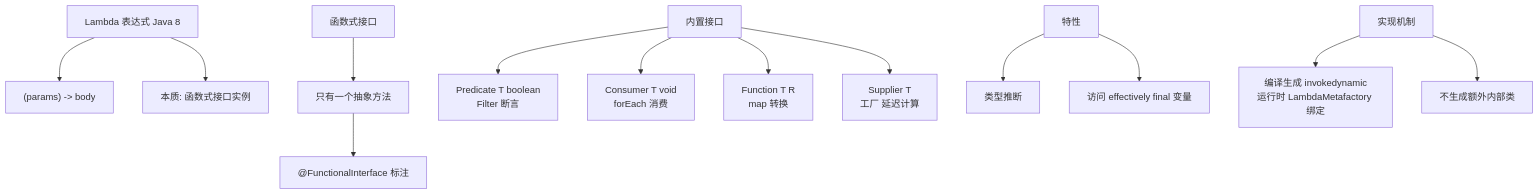
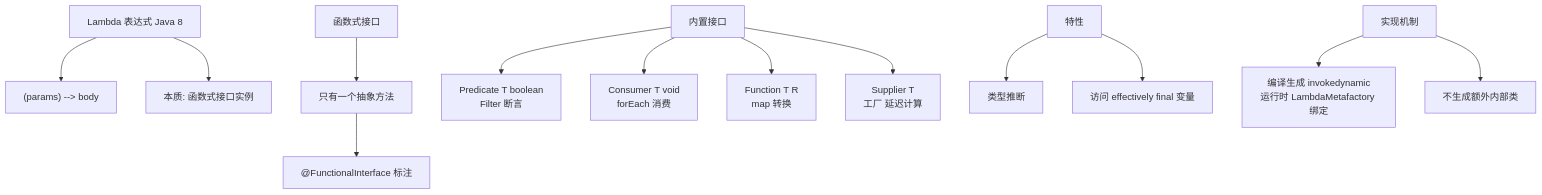
One commit to SunArthur86/interview-2026 changed the diagram in questions/java-core/core-200.md. Above: the diagram before and after it, drawn with Mermaid. The commit also changed 20 other files, not shown here.

First line of the commit message:
修复 11 个 mermaid 语法错误 + 新增批量生成/验证脚本

````diff
--- a/questions/java-core/core-200.md
+++ b/questions/java-core/core-200.md
@@ -80,15 +80,15 @@
 ```mermaid
 flowchart TD
-    A["Lambda 表达式 Java 8"] --> B["(params) -> body"]
+    A["Lambda 表达式 Java 8"] --> B["(params) --> body"]
     A --> C[本质: 函数式接口实例]
     D[函数式接口] --> E[只有一个抽象方法]
     E --> F["@FunctionalInterface 标注"]
     G[内置接口] --> H["Predicate T boolean<br/>Filter 断言"]
     G --> I["Consumer T void<br/>forEach 消费"]
     G --> J["Function T R<br/>map 转换"]
     G --> K["Supplier T<br/>工厂 延迟计算"]
     L[特性] --> M[类型推断]
     L --> N[访问 effectively final 变量]
     O[实现机制] --> P["编译生成 invokedynamic<br/>运行时 LambdaMetafactory 绑定"]
     O --> Q[不生成额外内部类]
 ```
````
